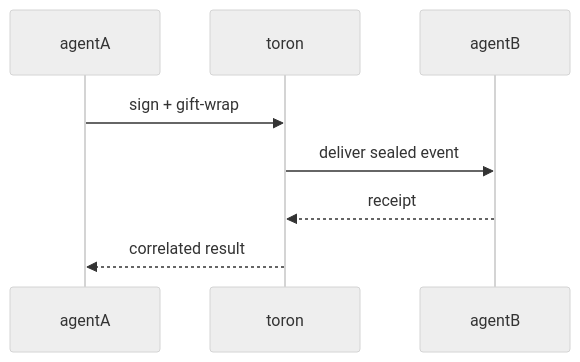
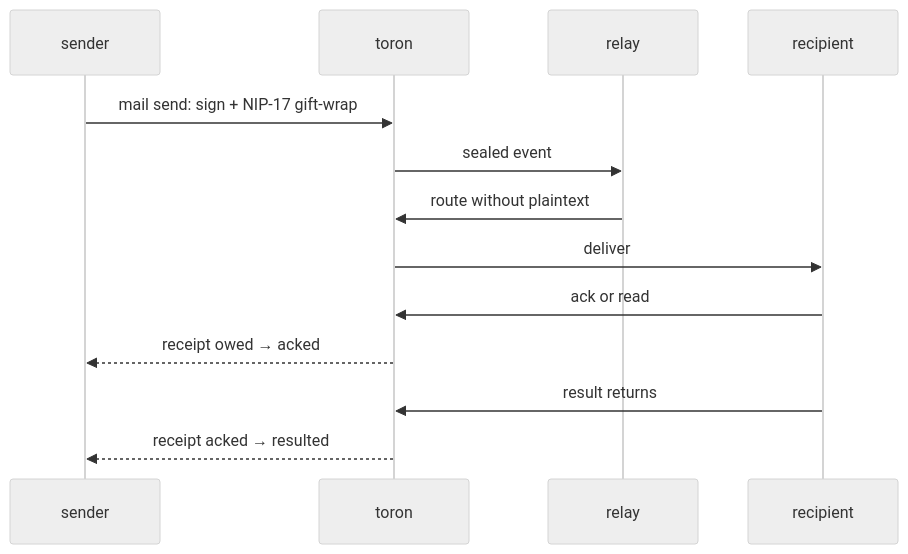
One commit to bangedorrunt/toron.dev changed the second of 8 diagrams in apps/toron-dev/content/docs/how-it-works.mdx. Above: the diagram before and after it, drawn with Mermaid (neutral theme). The commit also changed other lines of this file and 62 other files, not shown here.

First line of the commit message:
feat(site): refresh the stack story and render diagrams with Pele (torondev-dl9)

````diff
--- a/apps/toron-dev/content/docs/how-it-works.mdx
+++ b/apps/toron-dev/content/docs/how-it-works.mdx
@@ -37,10 +32,15 @@
 ```mermaid
 sequenceDiagram
-  participant A as agentA
+  participant A as sender
   participant T as toron
-  participant B as agentB
-  A->>T: sign + gift-wrap
-  T->>B: deliver sealed event
-  B-->>T: receipt
-  T-->>A: correlated result
+  participant R as relay
+  participant B as recipient
+  A->>T: mail send: sign + NIP-17 gift-wrap
+  T->>R: sealed event
+  R->>T: route without plaintext
+  T->>B: deliver
+  B->>T: ack or read
+  T-->>A: receipt owed → acked
+  B->>T: result returns
+  T-->>A: receipt acked → resulted
 ```
````
